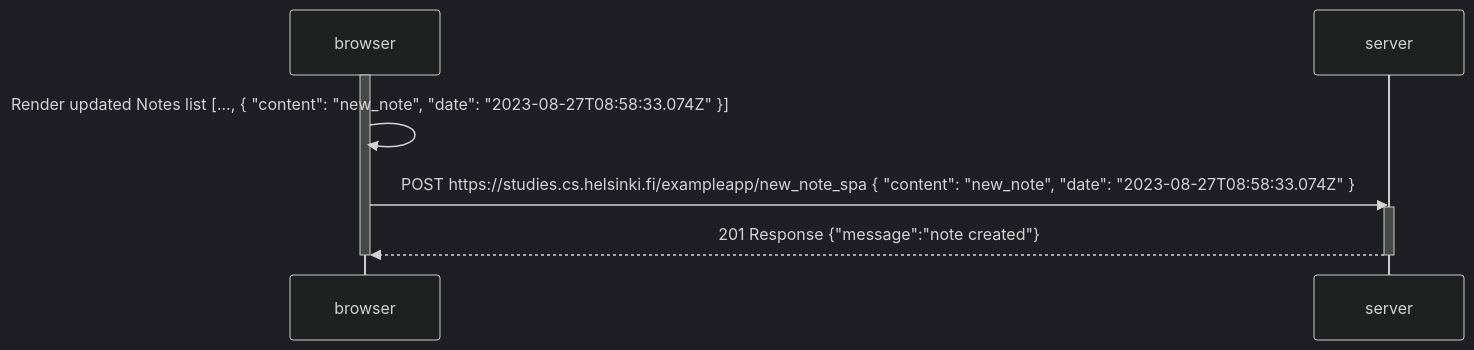
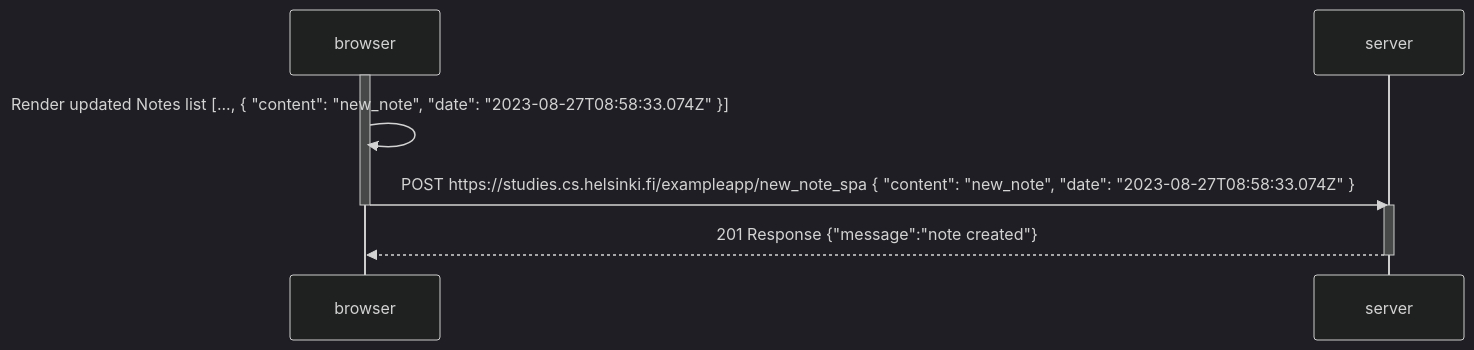
Before and after one commit to antonym-92/fullstack-course: the diagram in part0/06-new-note-in-single-page-app-diagram/new-note-in-signle-page-app-diagram.md, drawn with Mermaid (dark theme).

Commit message:
06 sligthly change diagram

````diff
--- a/part0/06-new-note-in-single-page-app-diagram/new-note-in-signle-page-app-diagram.md
+++ b/part0/06-new-note-in-single-page-app-diagram/new-note-in-signle-page-app-diagram.md
@@ -1,13 +1,14 @@
 ```mermaid
 sequenceDiagram
     participant browser
     participant server
 
     activate browser
     browser->>browser: Render updated Notes list [..., { "content": "new_note", "date": "2023-08-27T08:58:33.074Z" }]
     browser->>server: POST https://studies.cs.helsinki.fi/exampleapp/new_note_spa { "content": "new_note", "date": "2023-08-27T08:58:33.074Z" }
+    deactivate browser
+
     activate server
     server-->>browser: 201 Response {"message":"note created"}
     deactivate server
-    deactivate browser
 ```
````
